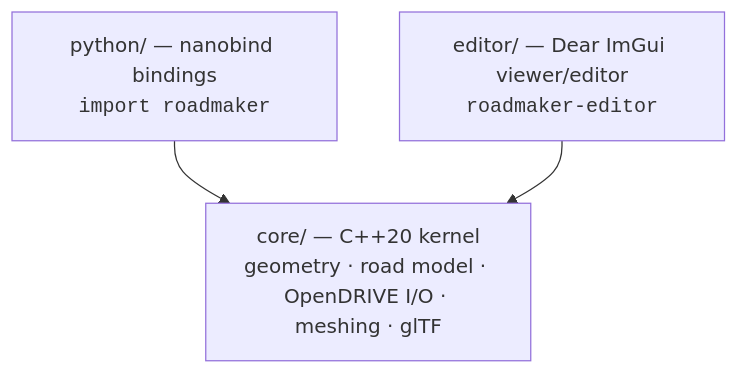
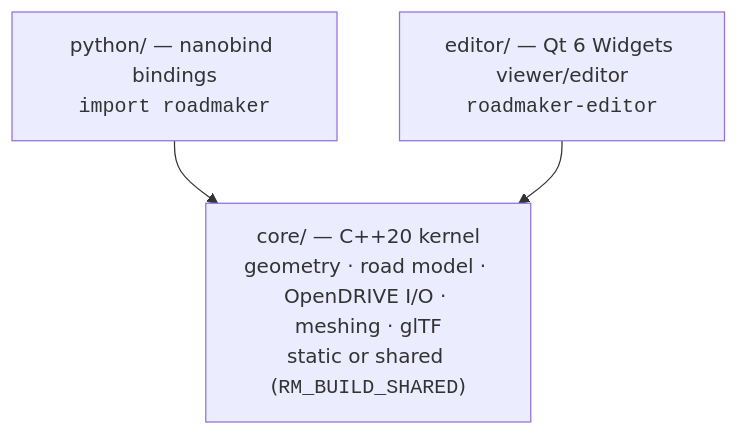
One commit to Robomous/RoadMaker changed the diagram in README.md. Above: the diagram before and after it, drawn with Mermaid. The commit also changed other lines of this file, not shown here.

First line of the commit message:
docs: update README for the Qt editor, presets quickstart, and downloads

````diff
--- a/README.md
+++ b/README.md
@@ -23,6 +23,6 @@
 ```mermaid
 graph TD
     P["python/ — nanobind bindings<br/><code>import roadmaker</code>"] --> C
-    E["editor/ — Dear ImGui viewer/editor<br/><code>roadmaker-editor</code>"] --> C
-    C["core/ — C++20 kernel<br/>geometry · road model · OpenDRIVE I/O · meshing · glTF"]
+    E["editor/ — Qt 6 Widgets viewer/editor<br/><code>roadmaker-editor</code>"] --> C
+    C["core/ — C++20 kernel<br/>geometry · road model · OpenDRIVE I/O · meshing · glTF<br/>static or shared (<code>RM_BUILD_SHARED</code>)"]
 ```
````
